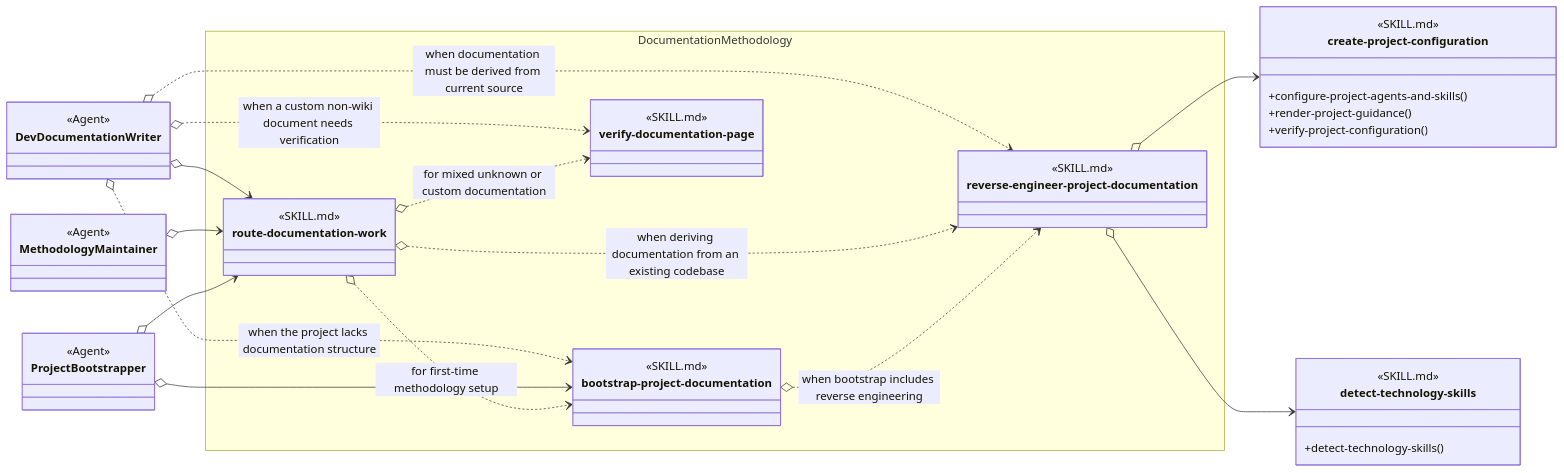
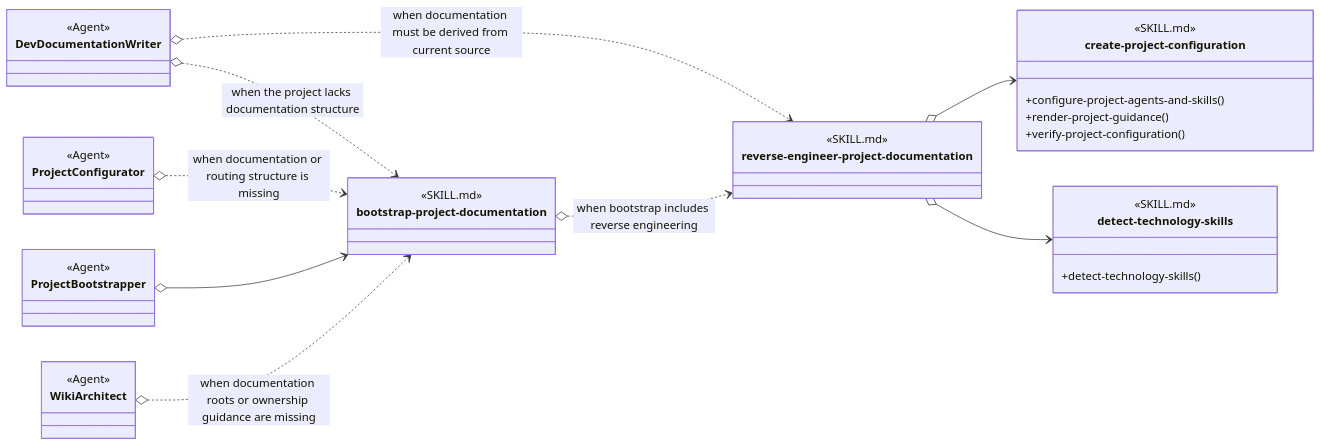
The third of 4 diagrams in design/skill-groups/documentation-methodology.md (martinbechard/dev-methodology), drawn with Mermaid before and after one commit. The commit also changed other lines of this file and 8 other files, not shown here.

Commit message:
Clarify agent and skill group dependency views

````diff
--- a/design/skill-groups/documentation-methodology.md
+++ b/design/skill-groups/documentation-methodology.md
@@ -13,68 +132,48 @@
 ```mermaid
 classDiagram
     direction LR
 
     class DevDocumentationWriter {
         <<Agent>>
     }
-
-    class MethodologyMaintainer {
+    class ProjectConfigurator {
+        <<Agent>>
+    }
+    class ProjectBootstrapper {
+        <<Agent>>
+    }
+    class WikiArchitect {
         <<Agent>>
     }
 
-    class ProjectBootstrapper {
-        <<Agent>>
+    class bootstrap-project-documentation {
+        <<SKILL.md>>
+        <<Agent Skill>>
     }
-
-    namespace DocumentationMethodology {
-        class route-documentation-work {
-            <<SKILL.md>>
-            <<Agent Skill>>
-        }
-
-        class bootstrap-project-documentation {
-            <<SKILL.md>>
-            <<Agent Skill>>
-        }
-
-        class reverse-engineer-project-documentation {
-            <<SKILL.md>>
-            <<Agent Skill>>
-        }
-
-        class verify-documentation-page {
-            <<SKILL.md>>
-            <<Agent Skill>>
-        }
+    class reverse-engineer-project-documentation {
+        <<SKILL.md>>
+        <<Agent Skill>>
     }
-
     class create-project-configuration {
         <<SKILL.md>>
         <<Cross-group>>
         +configure-project-agents-and-skills()
         +render-project-guidance()
         +verify-project-configuration()
     }
-
     class detect-technology-skills {
         <<SKILL.md>>
         <<Cross-group>>
         +detect-technology-skills()
     }
 
-    DevDocumentationWriter o--> route-documentation-work
     DevDocumentationWriter o..> bootstrap-project-documentation : when the project lacks documentation structure
     DevDocumentationWriter o..> reverse-engineer-project-documentation : when documentation must be derived from current source
-    DevDocumentationWriter o..> verify-documentation-page : when a custom non-wiki document needs verification
+    ProjectConfigurator o..> bootstrap-project-documentation : when documentation or routing structure is missing
+    ProjectBootstrapper o--> bootstrap-project-documentation
+    WikiArchitect o..> bootstrap-project-documentation : when documentation roots or ownership guidance are missing
 
-    MethodologyMaintainer o--> route-documentation-work
-    ProjectBootstrapper o--> route-documentation-work
-    ProjectBootstrapper o--> bootstrap-project-documentation
-
-    route-documentation-work o..> bootstrap-project-documentation : for first-time methodology setup
-    route-documentation-work o..> reverse-engineer-project-documentation : when deriving documentation from an existing codebase
-    route-documentation-work o..> verify-documentation-page : for mixed unknown or custom documentation
     bootstrap-project-documentation o..> reverse-engineer-project-documentation : when bootstrap includes reverse engineering
     reverse-engineer-project-documentation o--> create-project-configuration
     reverse-engineer-project-documentation o--> detect-technology-skills
 ```
````
